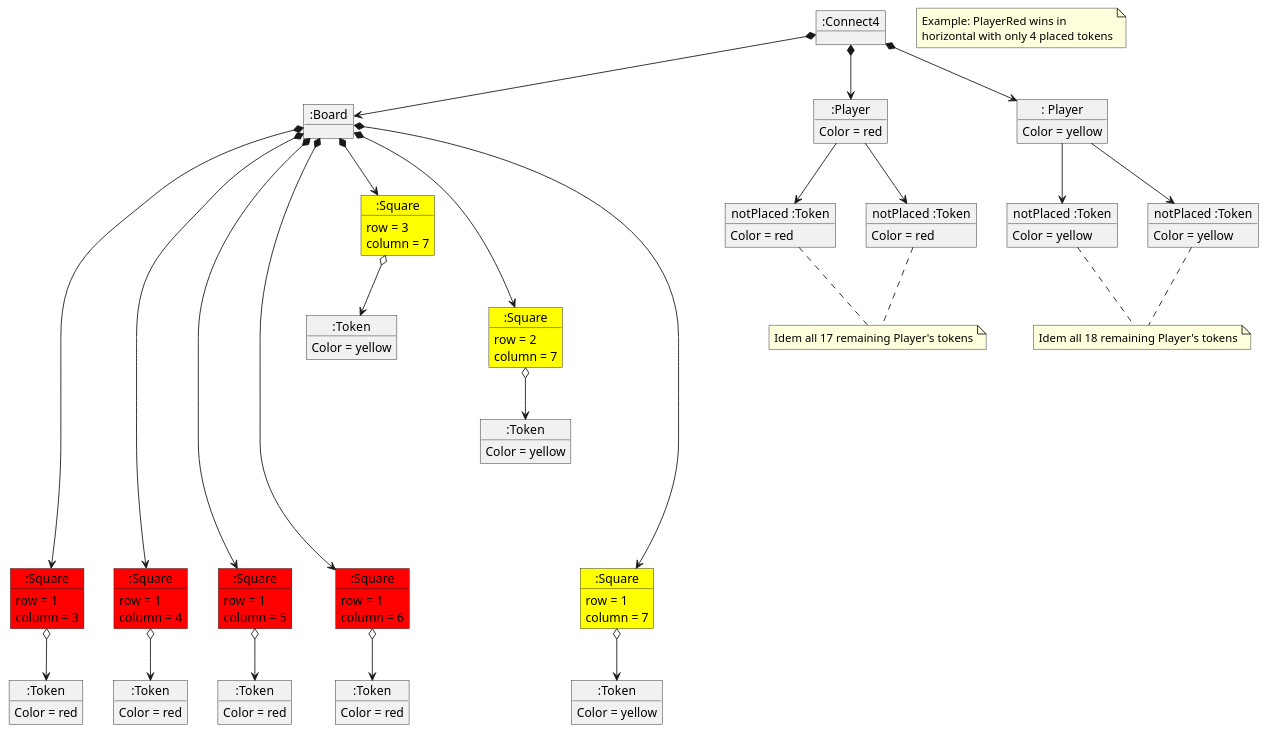
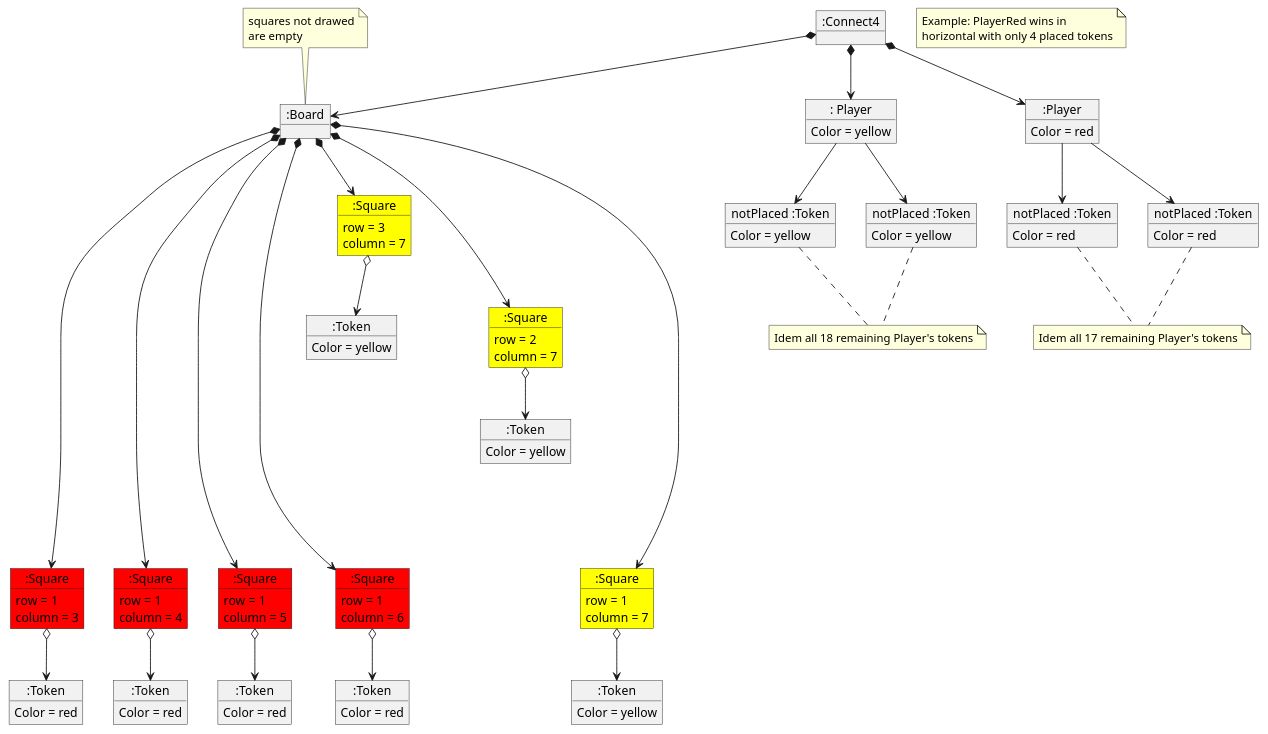
Before and after one commit to PabloMartinFluvia/IT-School: the diagram in MPDS/Connect4/docs/src/domain model final state.plantuml, drawn with PlantUML. The commit also changed 2 other files, not shown here.

```diff
--- a/MPDS/Connect4/docs/src/domain model final state.plantuml
+++ b/MPDS/Connect4/docs/src/domain model final state.plantuml
@@ -1,141 +1,145 @@
 @startuml
 note as Description
 Example: PlayerRed wins in
 horizontal with only 4 placed tokens
 end note
 
 object ":Connect4" as connect4
 object ":Board" as board
+note top
+    squares not drawed
+    are empty
+end note
 
 'players'
 object ":Player" as playerRed{
 Color = red
 }
 object ": Player" as playerYellow{
 Color = yellow
 }
 
 'squares'
 object ":Square" as squareRed13 #red{
 row = 1
 column = 3
 }
 object ":Square" as squareRed14#red{
 row = 1
 column = 4
 }
 object ":Square" as squareRed15 #red{
 row = 1
 column = 5
 }
 object ":Square" as squareRed16 #red{
 row = 1
 column = 6
 }
 
 
 object ":Square" as squareYellow17 #yellow{
 row = 1
 column = 7
 }
 object ":Square" as squareYellow27 #yellow{
 row = 2
 column = 7
 }
 object ":Square" as squareYellow37 #yellow{
 row = 3
 column = 7
 }
 
 'tokens not placed'
 object "notPlaced :Token" as tokenRed1{
 Color = red
 }
 object "notPlaced :Token" as tokenRed2{
 Color = red
 }
 object "notPlaced :Token" as tokenYellow1{
 Color = yellow
 }
 object "notPlaced :Token" as tokenYellow2{
 Color = yellow
 }
 
 'tokens placed'
 object ":Token" as tokenRed13{
 Color = red
 }
 object ":Token" as tokenRed14{
 Color = red
 }
 object ":Token" as tokenRed15{
 Color = red
 }
 object ":Token" as tokenRed16{
 Color = red
 }
 object ":Token" as tokenYellow17{
 Color = yellow
 }
 object ":Token" as tokenYellow27{
 Color = yellow
 }
 object ":Token" as tokenYellow37{
 Color = yellow
 }
 
 'connect4 dependencies'
 connect4 *-down-> board
 connect4 *-down-> playerRed
 connect4 *-down-> playerYellow
 
 'board dependencies'
 board *-down-> squareYellow37
 board *-down-> squareYellow27
 board *-down-> squareYellow17
 board *-down-> squareRed16
 board *-down-> squareRed15
 board *-down-> squareRed14
 board *---down---> squareRed13
 
 'player dependencies'
 playerRed -down-> tokenRed1
 playerRed -down-> tokenRed2
 playerYellow -down-> tokenYellow1
 playerYellow -down-> tokenYellow2
 
 'square dependencies'
 squareRed13 o-down-> tokenRed13
 squareRed14 o-down-> tokenRed14
 squareRed15 o-down-> tokenRed15
 squareRed16 o-down-> tokenRed16
 
 squareYellow17 o-down-> tokenYellow17
 squareYellow27 o-down-> tokenYellow27
 squareYellow37 o-down-> tokenYellow37
 
 note as NYellow
 Idem all 18 remaining Player's tokens
 end note
 tokenYellow1..NYellow
 tokenYellow2..NYellow
 
 note as NRed
 Idem all 17 remaining Player's tokens
 end note
 tokenRed1..NRed
 tokenRed2..NRed
 
 
 'display squares position'
 squareYellow37 -[hidden]down-> squareYellow27
 squareYellow27 --[hidden]down--> squareYellow17
 squareYellow37 -[hidden]down-> squareRed16
 squareYellow27 -[hidden]down-> squareRed16
 squareYellow17 -[hidden]left-> squareRed16
 squareRed16 -[hidden]left-> squareRed15
 squareRed15 -[hidden]left-> squareRed14
 squareRed14 -[hidden]left->squareRed13
 
 
 @enduml
```
